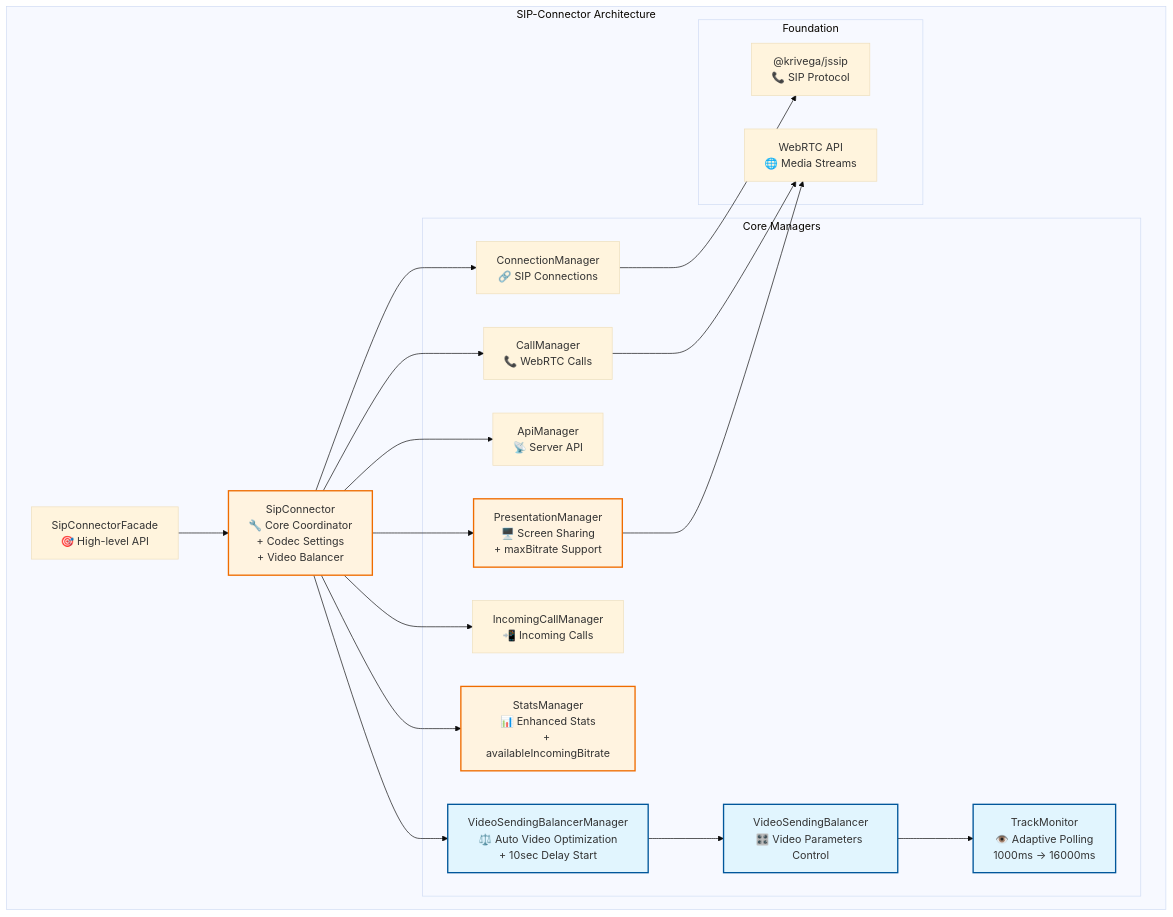
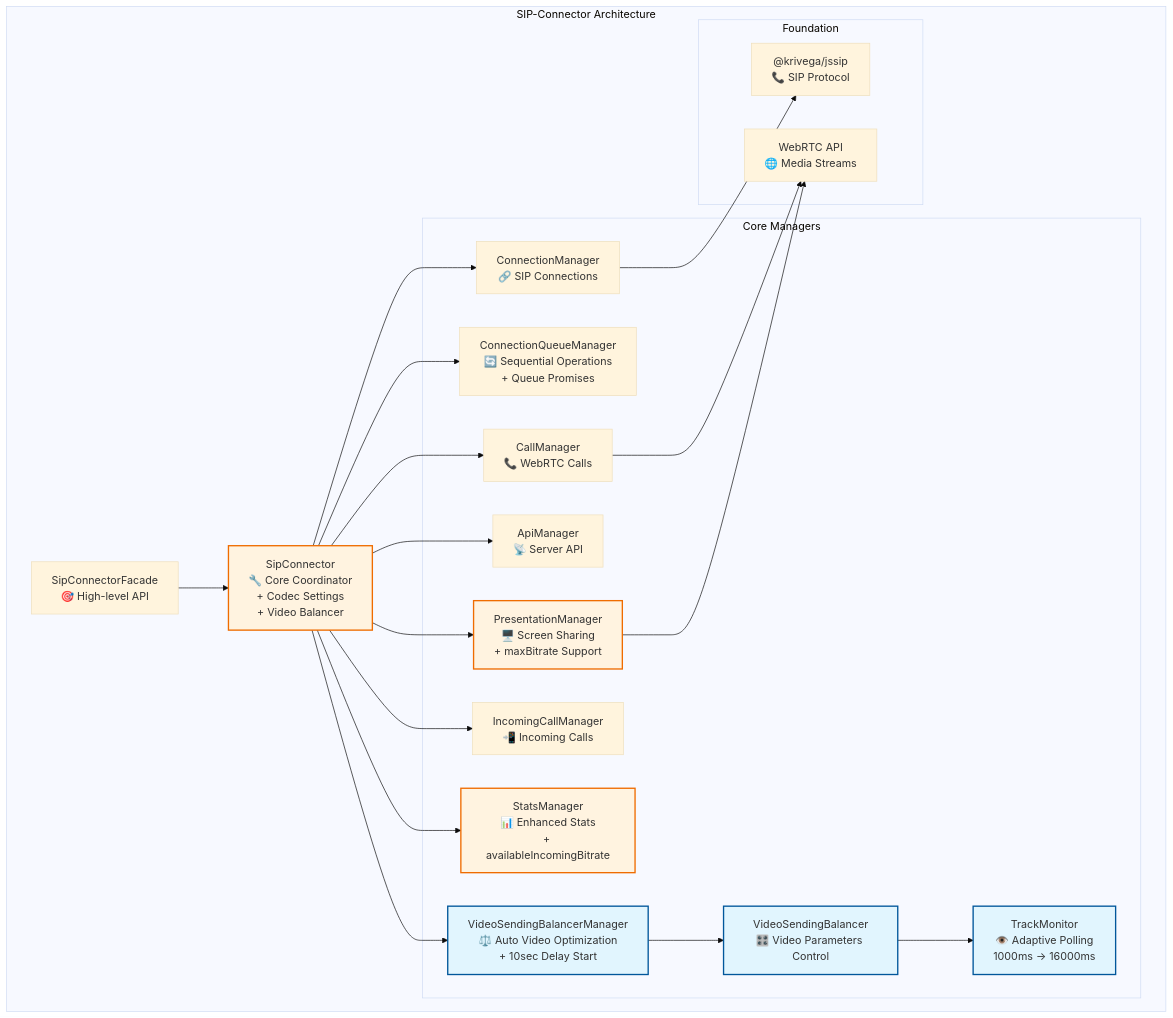
Before and after one commit to Krivega/sip-connector: the first of 2 diagrams in docs/arch.md, drawn with Mermaid (base theme). The commit also changed other lines of this file and 8 other files, not shown here.

Commit message:
feat: add connection Queue manager (#49)

````diff
--- a/docs/arch.md
+++ b/docs/arch.md
@@ -389,45 +424,47 @@
 ```mermaid
 graph TB
     subgraph "SIP-Connector Architecture"
         A["SipConnectorFacade<br/>🎯 High-level API"]
         B["SipConnector<br/>🔧 Core Coordinator<br/>+ Codec Settings<br/>+ Video Balancer"]
 
         subgraph "Core Managers"
             C["ConnectionManager<br/>🔗 SIP Connections"]
             D["CallManager<br/>📞 WebRTC Calls"]
             E["ApiManager<br/>📡 Server API"]
             F["PresentationManager<br/>🖥️ Screen Sharing<br/>+ maxBitrate Support"]
             G["IncomingCallManager<br/>📲 Incoming Calls"]
             H["StatsManager<br/>📊 Enhanced Stats<br/>+ availableIncomingBitrate"]
             I["VideoSendingBalancerManager<br/>⚖️ Auto Video Optimization<br/>+ 10sec Delay Start"]
             J["VideoSendingBalancer<br/>🎛️ Video Parameters Control"]
             K["TrackMonitor<br/>👁️ Adaptive Polling<br/>1000ms → 16000ms"]
+            L["ConnectionQueueManager<br/>🔄 Sequential Operations<br/>+ Queue Promises"]
         end
 
         subgraph "Foundation"
-            L["@krivega/jssip<br/>📞 SIP Protocol"]
-            M["WebRTC API<br/>🌐 Media Streams"]
+            M["@krivega/jssip<br/>📞 SIP Protocol"]
+            N["WebRTC API<br/>🌐 Media Streams"]
         end
 
         A --> B
         B --> C
+        B --> L
         B --> D
         B --> E
         B --> F
         B --> G
         B --> H
         B --> I
         I --> J
         J --> K
-        D --> M
-        F --> M
-        C --> L
+        D --> N
+        F --> N
+        C --> M
     end
 
     style I fill:#e1f5fe,stroke:#01579b,stroke-width:2px
     style J fill:#e1f5fe,stroke:#01579b,stroke-width:2px
     style K fill:#e1f5fe,stroke:#01579b,stroke-width:2px
     style B fill:#fff3e0,stroke:#ef6c00,stroke-width:2px
     style F fill:#fff3e0,stroke:#ef6c00,stroke-width:2px
     style H fill:#fff3e0,stroke:#ef6c00,stroke-width:2px
 ```
````
